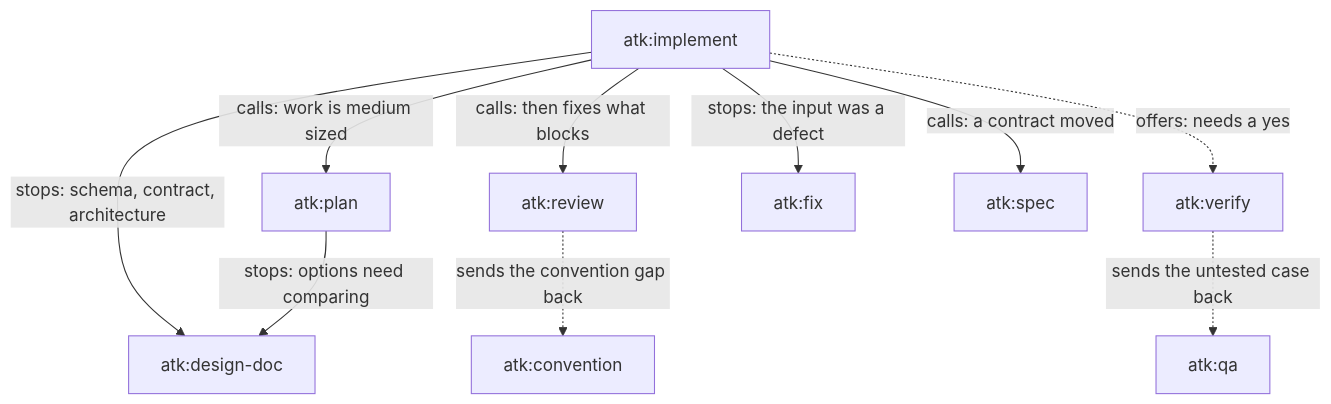
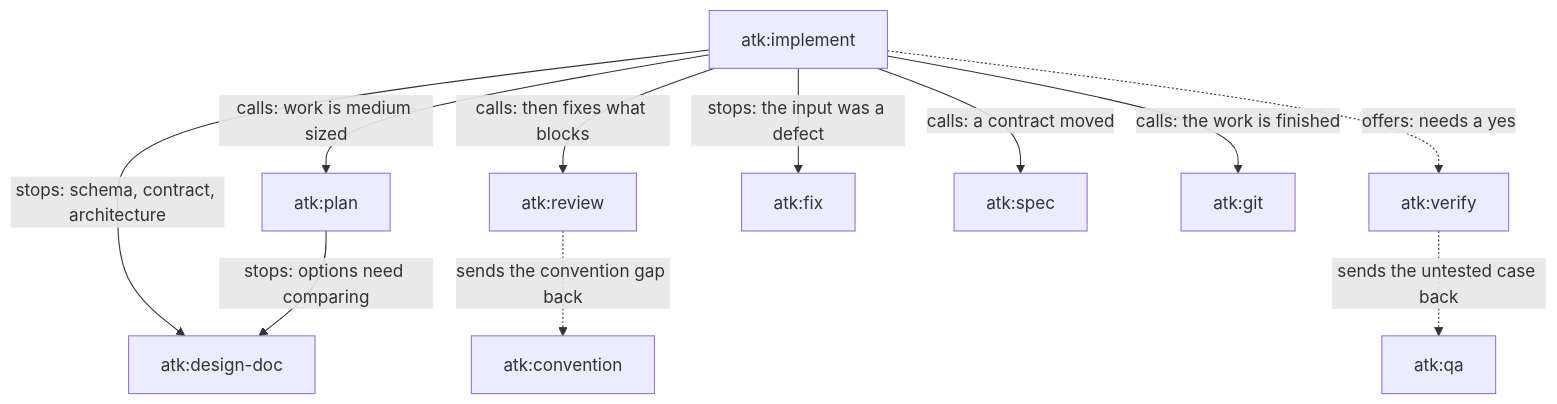
The second of 2 diagrams in docs/flow/skill-lifecycle.md (lamngockhuong/aiteamkit), drawn with Mermaid before and after one commit. The commit also changed other lines of this file and 46 other files, not shown here.

````diff
--- a/docs/flow/skill-lifecycle.md
+++ b/docs/flow/skill-lifecycle.md
@@ -84,22 +84,24 @@
 ```mermaid
 flowchart TD
     IMP["atk:implement"]
     PLN["atk:plan"]
     DSG["atk:design-doc"]
     REV["atk:review"]
     VER["atk:verify"]
     FIX["atk:fix"]
     QA["atk:qa"]
     CNV["atk:convention"]
     SPC["atk:spec"]
+    GIT["atk:git"]
 
     IMP -->|"calls: work is medium sized"| PLN
     IMP -->|"calls: then fixes what blocks"| REV
     IMP -->|"stops: schema, contract, architecture"| DSG
     IMP -->|"stops: the input was a defect"| FIX
     PLN -->|"stops: options need comparing"| DSG
     IMP -->|"calls: a contract moved"| SPC
+    IMP -->|"calls: the work is finished"| GIT
     IMP -.->|"offers: needs a yes"| VER
     REV -.->|"sends the convention gap back"| CNV
     VER -.->|"sends the untested case back"| QA
 ```
````
